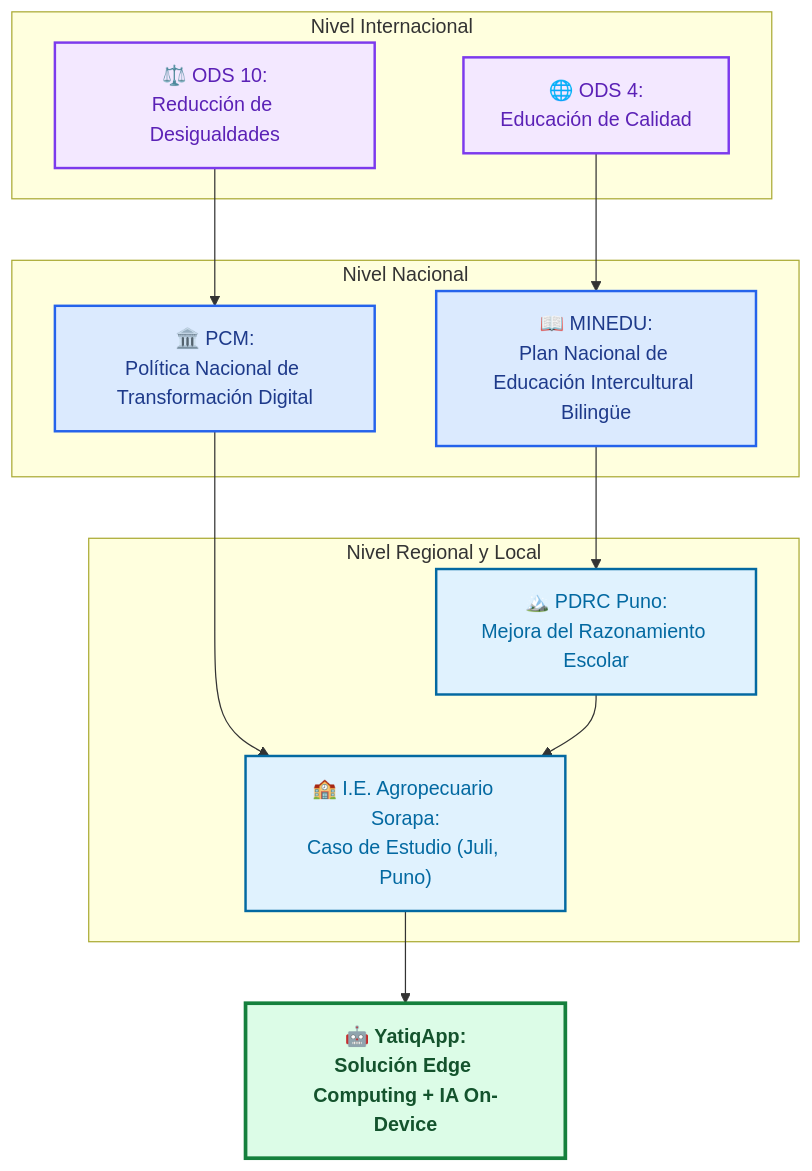
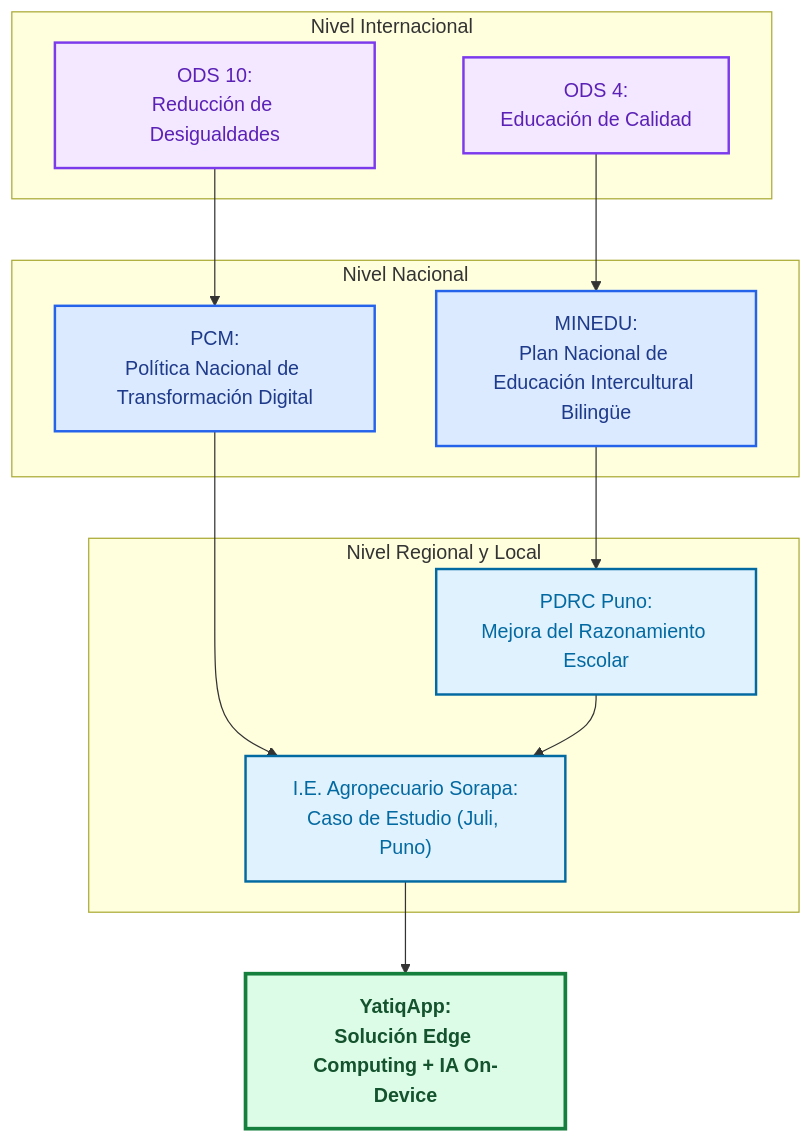
One commit to jhanslarico11/Perfil-de-Egreso changed the second of 4 diagrams in docs/ChristianRafaelMamaniCallata/entregable1.md. Above: the diagram before and after it, drawn with Mermaid. The commit also changed other lines of this file and 4 other files, not shown here.

Commit message:
Remocion de emojis de los diagramas Mermaid para una apariencia academica limpia

````diff
--- a/docs/ChristianRafaelMamaniCallata/entregable1.md
+++ b/docs/ChristianRafaelMamaniCallata/entregable1.md
@@ -211,32 +211,32 @@
 ```mermaid
 graph TD
     classDef int fill:#f3e8ff,stroke:#7c3aed,stroke-width:2px,color:#5b21b6;
     classDef nac fill:#dbeafe,stroke:#2563eb,stroke-width:2px,color:#1e3a8a;
     classDef reg fill:#e0f2fe,stroke:#0369a1,stroke-width:2px,color:#0369a1;
     classDef sol fill:#dcfce7,stroke:#15803d,stroke-width:3px,color:#14532d,font-weight:bold;
 
     subgraph Nivel Internacional
-        ODS4["🌐 ODS 4:<br>Educación de Calidad"]:::int
-        ODS10["⚖️ ODS 10:<br>Reducción de Desigualdades"]:::int
+        ODS4["ODS 4:<br>Educación de Calidad"]:::int
+        ODS10["ODS 10:<br>Reducción de Desigualdades"]:::int
     end
 
     subgraph Nivel Nacional
-        PCM["🏛️ PCM:<br>Política Nacional de Transformación Digital"]:::nac
-        MINEDU["📖 MINEDU:<br>Plan Nacional de Educación Intercultural Bilingüe"]:::nac
+        PCM["PCM:<br>Política Nacional de Transformación Digital"]:::nac
+        MINEDU["MINEDU:<br>Plan Nacional de Educación Intercultural Bilingüe"]:::nac
     end
 
     subgraph Nivel Regional y Local
-        PDRC["🏔️ PDRC Puno:<br>Mejora del Razonamiento Escolar"]:::reg
-        IES["🏫 I.E. Agropecuario Sorapa:<br>Caso de Estudio (Juli, Puno)"]:::reg
+        PDRC["PDRC Puno:<br>Mejora del Razonamiento Escolar"]:::reg
+        IES["I.E. Agropecuario Sorapa:<br>Caso de Estudio (Juli, Puno)"]:::reg
     end
 
     %% Solución
-    Yatiq["🤖 YatiqApp:<br>Solución Edge Computing + IA On-Device"]:::sol
+    Yatiq["YatiqApp:<br>Solución Edge Computing + IA On-Device"]:::sol
 
     ODS4 --> MINEDU
     ODS10 --> PCM
     MINEDU --> PDRC
     PCM --> IES
     PDRC --> IES
     IES --> Yatiq
 ```
````
